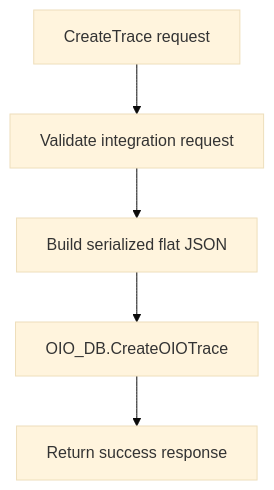
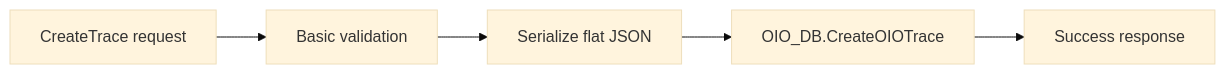
The first of 3 diagrams in oic/implementation-pattern.md (lucianosilva/oracle-integration-observability), drawn with Mermaid (base theme) before and after one commit. The commit also changed other lines of this file and 5 other files, not shown here.

````diff
--- a/oic/implementation-pattern.md
+++ b/oic/implementation-pattern.md
@@ -46,7 +42,7 @@
 ```mermaid
-flowchart TD
-    A[CreateTrace request] --> B[Validate integration request]
-    B --> C[Build serialized flat JSON]
+flowchart LR
+    A[CreateTrace request] --> B[Basic validation]
+    B --> C[Serialize flat JSON]
     C --> D[OIO_DB.CreateOIOTrace]
-    D --> E[Return success response]
+    D --> E[Success response]
 ```
````
